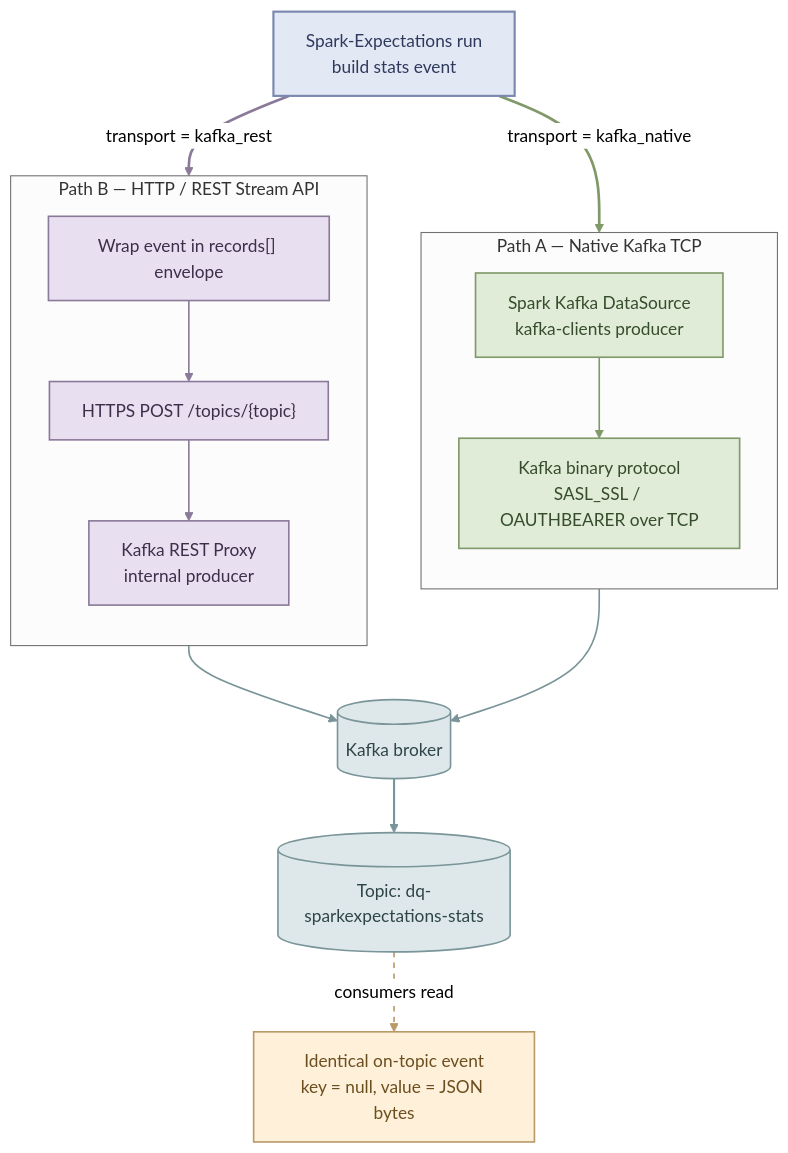
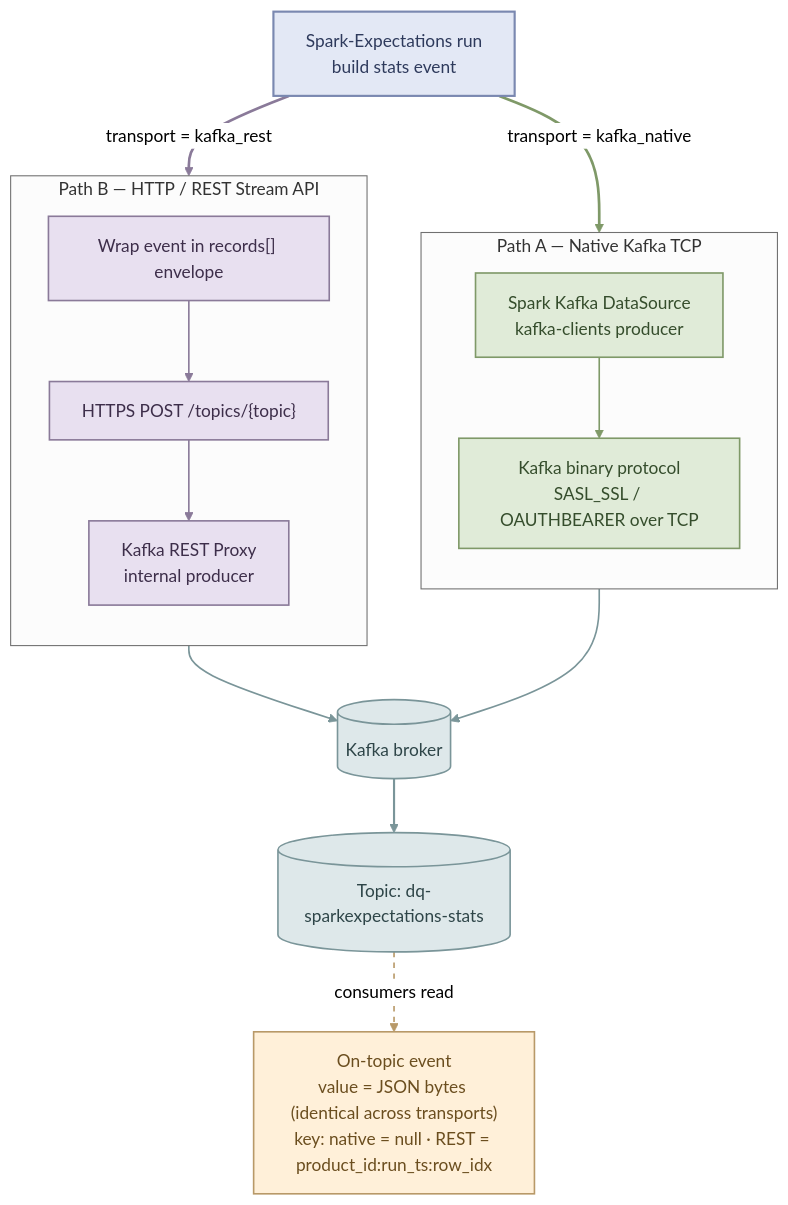
The diagram in docs/home/metric_events.md (Nike-Inc/spark-expectations), drawn with Mermaid (neutral theme) before and after one commit. The commit also changed other lines of this file, not shown here.

````diff
--- a/docs/home/metric_events.md
+++ b/docs/home/metric_events.md
@@ -22,46 +22,46 @@
 ```mermaid
 flowchart TB
     SE["Spark-Expectations run<br/>build stats event"]:::se
 
     subgraph pathA [Path A &mdash; Native Kafka TCP]
         direction TB
         nativeClient["Spark Kafka DataSource<br/>kafka-clients producer"]:::native
         tcp["Kafka binary protocol<br/>SASL_SSL / OAUTHBEARER over TCP"]:::native
     end
 
     subgraph pathB [Path B &mdash; HTTP / REST Stream API]
         direction TB
         restBody["Wrap event in records[] envelope"]:::rest
         https["HTTPS POST /topics/{topic}"]:::rest
         proxy["Kafka REST Proxy<br/>internal producer"]:::rest
     end
 
     broker[("Kafka broker")]:::infra
     topic[("Topic: dq-sparkexpectations-stats")]:::infra
-    record["Identical on-topic event<br/>key = null, value = JSON bytes"]:::obs
+    record["On-topic event<br/>value = JSON bytes (identical across transports)<br/>key: native = null · REST = product_id:run_ts:row_idx"]:::obs
 
     SE ==>|"transport = kafka_native"| nativeClient
     nativeClient --> tcp
     SE ==>|"transport = kafka_rest"| restBody
     restBody --> https --> proxy
     tcp --> broker
     proxy --> broker
     broker --> topic
     topic -.->|"consumers read"| record
 
     classDef se fill:#E3E8F5,stroke:#7A88B0,color:#2E3A5C,stroke-width:2px
     classDef native fill:#E0EBD8,stroke:#7F9968,color:#354D2C,stroke-width:1.5px
     classDef rest fill:#E8E0F0,stroke:#8A7A99,color:#3D2E4A,stroke-width:1.5px
     classDef infra fill:#DEE8EA,stroke:#7A9599,color:#2E4548,stroke-width:1.5px
     classDef obs fill:#FFF0D9,stroke:#B89968,color:#6B4E1F,stroke-width:1.5px
 
     linkStyle 0 stroke:#7F9968,stroke-width:2.5px
     linkStyle 1 stroke:#7F9968,stroke-width:1.5px
     linkStyle 2 stroke:#8A7A99,stroke-width:2.5px
     linkStyle 3 stroke:#8A7A99,stroke-width:1.5px
     linkStyle 4 stroke:#8A7A99,stroke-width:1.5px
     linkStyle 5 stroke:#7A9599,stroke-width:1.5px
     linkStyle 6 stroke:#7A9599,stroke-width:1.5px
     linkStyle 7 stroke:#7A9599,stroke-width:2px
     linkStyle 8 stroke:#B89968,stroke-width:1.5px,stroke-dasharray:5 5
 ```
````
